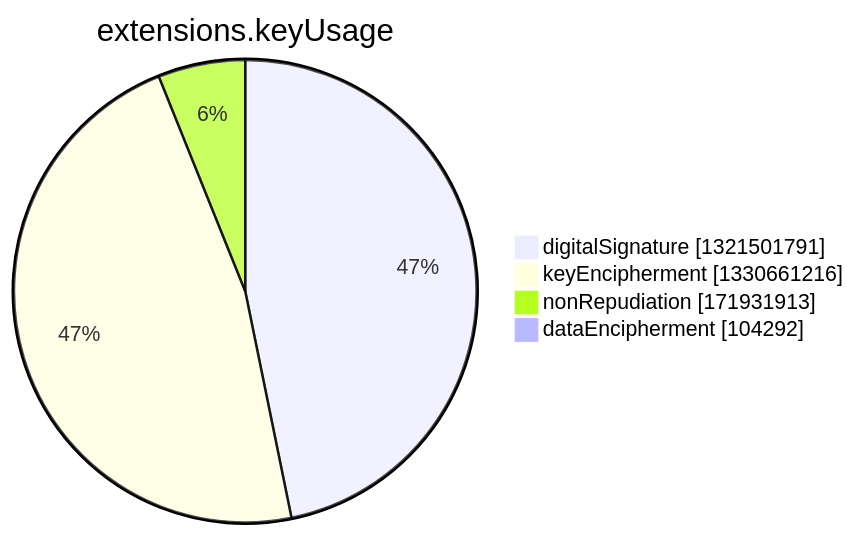
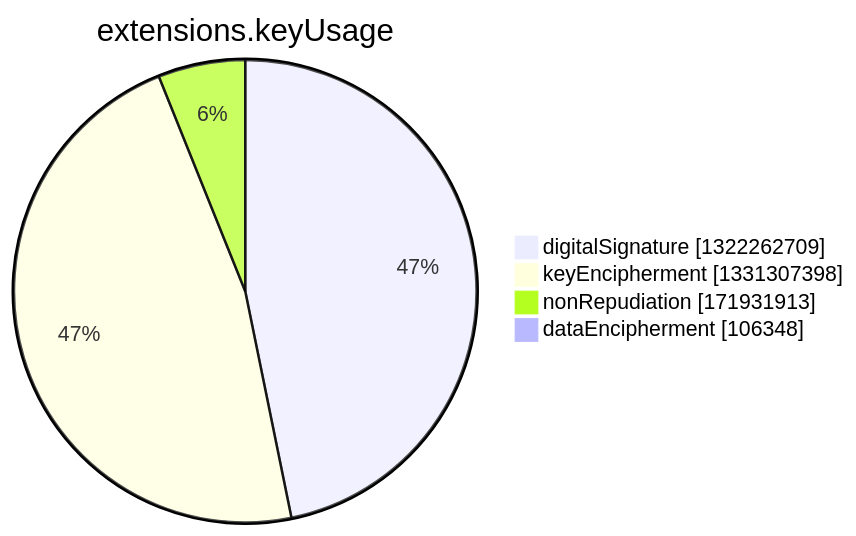
The seventh of 15 diagrams in argon2022/README.md (christiankrug/ctmonitor_visualization), drawn with Mermaid before and after one commit. The commit also changed other lines of this file, not shown here.

````diff
--- a/argon2022/README.md
+++ b/argon2022/README.md
@@ -2750,8 +2750,8 @@
 ```mermaid
 pie showData
 title extensions.keyUsage
-"digitalSignature" :1321501791
-"keyEncipherment" :1330661216
+"digitalSignature" :1322262709
+"keyEncipherment" :1331307398
 "nonRepudiation" :171931913
-"dataEncipherment" :104292
+"dataEncipherment" :106348
 ```
````
